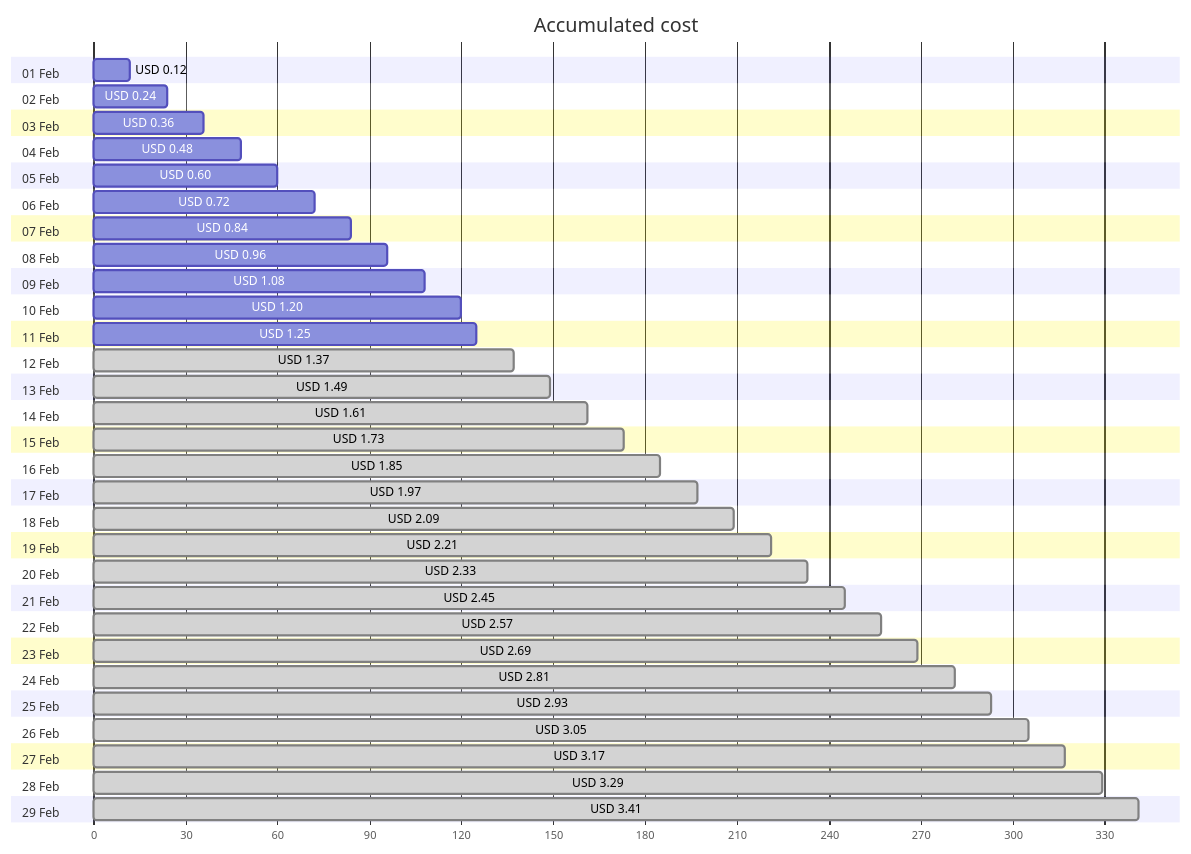
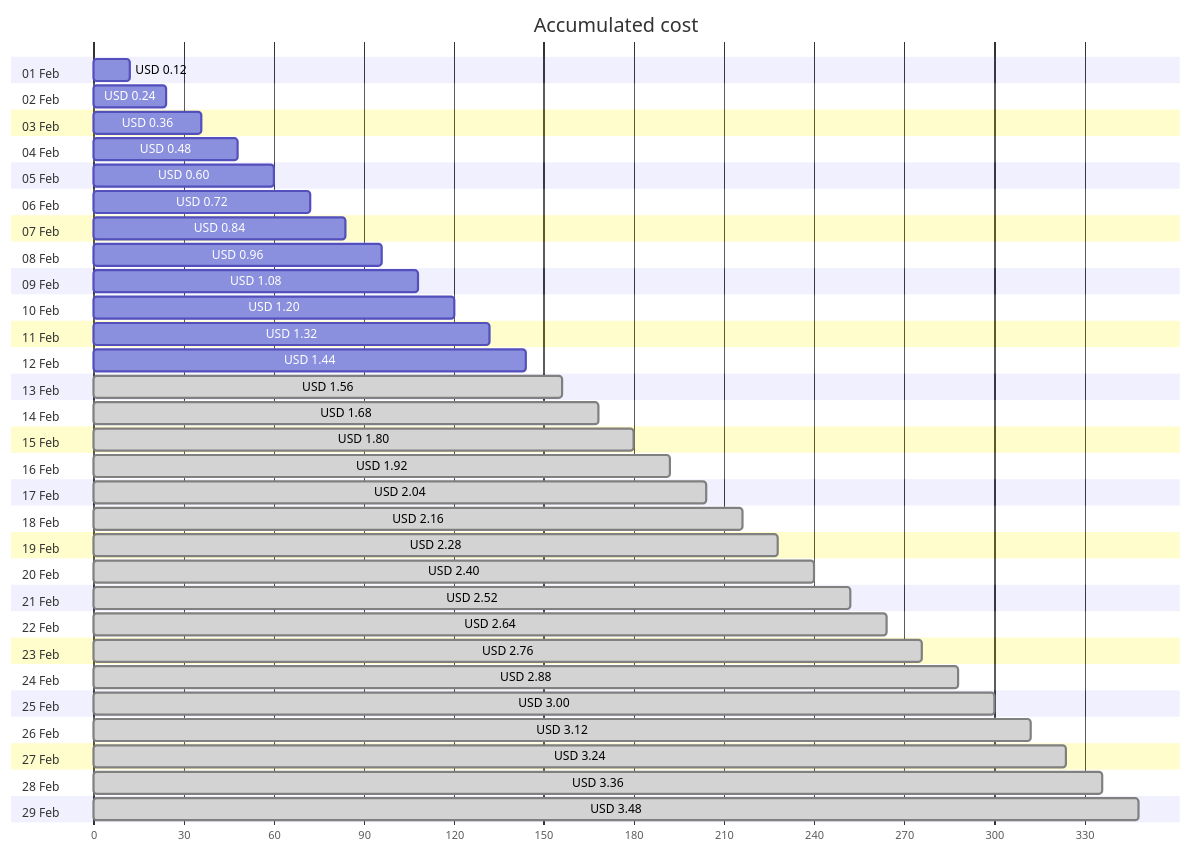
The first of 4 diagrams in cost-reports/personal-network/backup-server-public-ip.md (jpfulton/azure-personal-reports), drawn with Mermaid before and after one commit. The commit also changed other lines of this file and 8 other files, not shown here.

````diff
--- a/cost-reports/personal-network/backup-server-public-ip.md
+++ b/cost-reports/personal-network/backup-server-public-ip.md
@@ -20,64 +20,64 @@
 ```mermaid
 gantt
    title Accumulated cost
    dateFormat  X
    axisFormat %s
    section 01 Feb
    USD 0.12 :0, 12
    section 02 Feb
    USD 0.24 :0, 24
    section 03 Feb
    USD 0.36 :0, 36
    section 04 Feb
    USD 0.48 :0, 48
    section 05 Feb
    USD 0.60 :0, 60
    section 06 Feb
    USD 0.72 :0, 72
    section 07 Feb
    USD 0.84 :0, 84
    section 08 Feb
    USD 0.96 :0, 96
    section 09 Feb
    USD 1.08 :0, 108
    section 10 Feb
    USD 1.20 :0, 120
    section 11 Feb
-   USD 1.25 :0, 125
+   USD 1.32 :0, 132
    section 12 Feb
-   USD 1.37 : done, 0, 137
+   USD 1.44 :0, 144
    section 13 Feb
-   USD 1.49 : done, 0, 149
+   USD 1.56 : done, 0, 156
    section 14 Feb
-   USD 1.61 : done, 0, 161
+   USD 1.68 : done, 0, 168
    section 15 Feb
-   USD 1.73 : done, 0, 173
+   USD 1.80 : done, 0, 180
    section 16 Feb
-   USD 1.85 : done, 0, 185
+   USD 1.92 : done, 0, 192
    section 17 Feb
-   USD 1.97 : done, 0, 197
+   USD 2.04 : done, 0, 204
    section 18 Feb
-   USD 2.09 : done, 0, 209
+   USD 2.16 : done, 0, 216
    section 19 Feb
-   USD 2.21 : done, 0, 221
+   USD 2.28 : done, 0, 228
    section 20 Feb
-   USD 2.33 : done, 0, 233
+   USD 2.40 : done, 0, 240
    section 21 Feb
-   USD 2.45 : done, 0, 245
+   USD 2.52 : done, 0, 252
    section 22 Feb
-   USD 2.57 : done, 0, 257
+   USD 2.64 : done, 0, 264
    section 23 Feb
-   USD 2.69 : done, 0, 269
+   USD 2.76 : done, 0, 276
    section 24 Feb
-   USD 2.81 : done, 0, 281
+   USD 2.88 : done, 0, 288
    section 25 Feb
-   USD 2.93 : done, 0, 293
+   USD 3.00 : done, 0, 300
    section 26 Feb
-   USD 3.05 : done, 0, 305
+   USD 3.12 : done, 0, 312
    section 27 Feb
-   USD 3.17 : done, 0, 317
+   USD 3.24 : done, 0, 324
    section 28 Feb
-   USD 3.29 : done, 0, 329
+   USD 3.36 : done, 0, 336
    section 29 Feb
-   USD 3.41 : done, 0, 341
+   USD 3.48 : done, 0, 348
 ```
````
